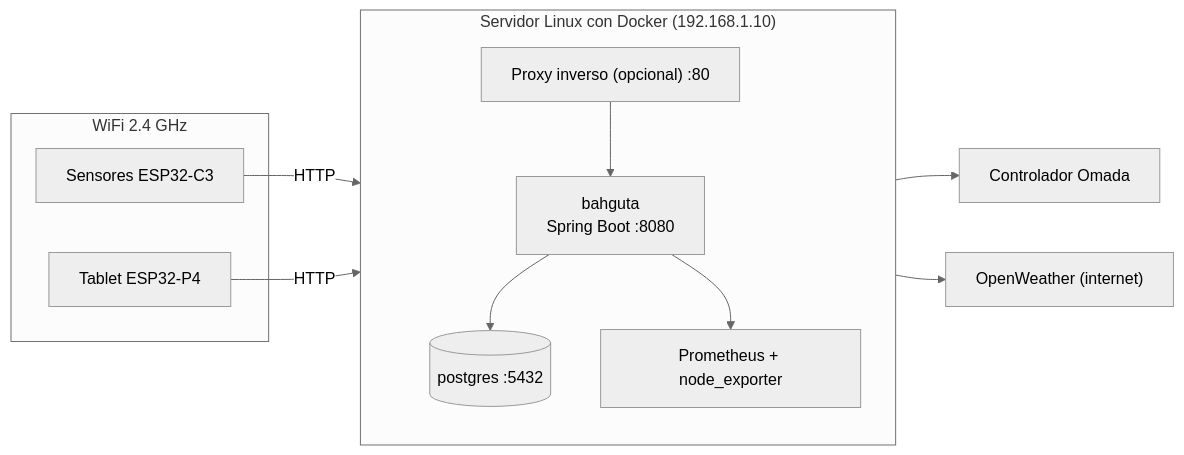
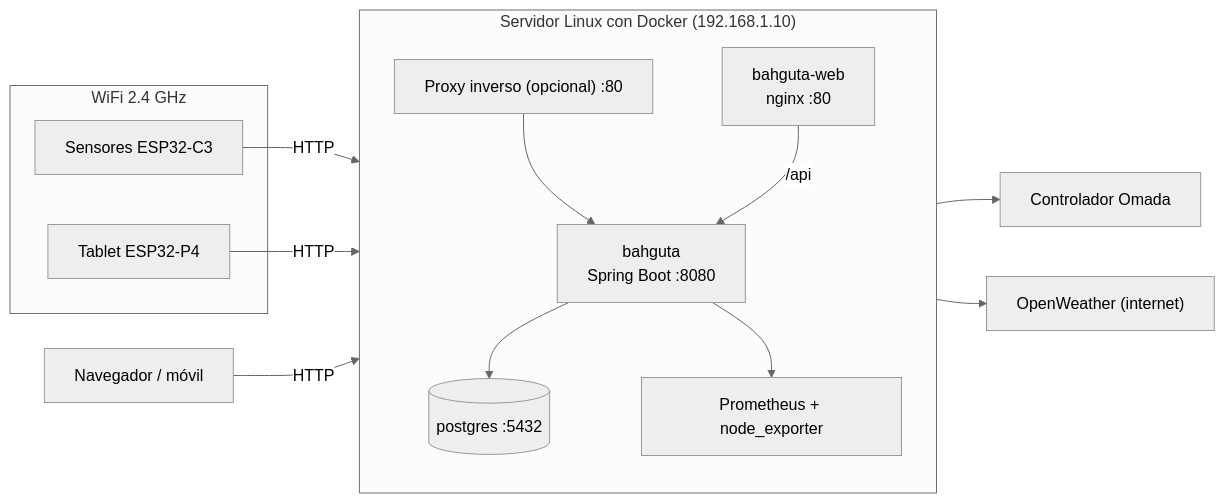
Before and after one commit to bahguta/bahguta-Homelab: the diagram in docs/es/NETWORK.md, drawn with Mermaid (neutral theme). The commit also changed other lines of this file and 91 other files, not shown here.

Commit message:
add web version of bahguta homelab

````diff
--- a/docs/es/NETWORK.md
+++ b/docs/es/NETWORK.md
@@ -7,23 +7,25 @@
 ```mermaid
 flowchart LR
     subgraph WiFi["WiFi 2.4 GHz"]
         S["Sensores ESP32-C3"]
         T["Tablet ESP32-P4"]
     end
     subgraph Servidor["Servidor Linux con Docker (192.168.1.10)"]
         direction TB
         API["bahguta<br/>Spring Boot :8080"]
         PG[("postgres :5432")]
         PROM["Prometheus + node_exporter"]
         RP["Proxy inverso (opcional) :80"]
+        WEB["bahguta-web<br/>nginx :80"]
     end
     OM["Controlador Omada"]
     OW["OpenWeather (internet)"]
 
     S -->|HTTP| API
     T -->|HTTP| RP --> API
+    B["Navegador / móvil"] -->|HTTP| WEB -->|"/api"| API
     API --> PG
     API --> PROM
     API --> OM
     API --> OW
 ```
````
